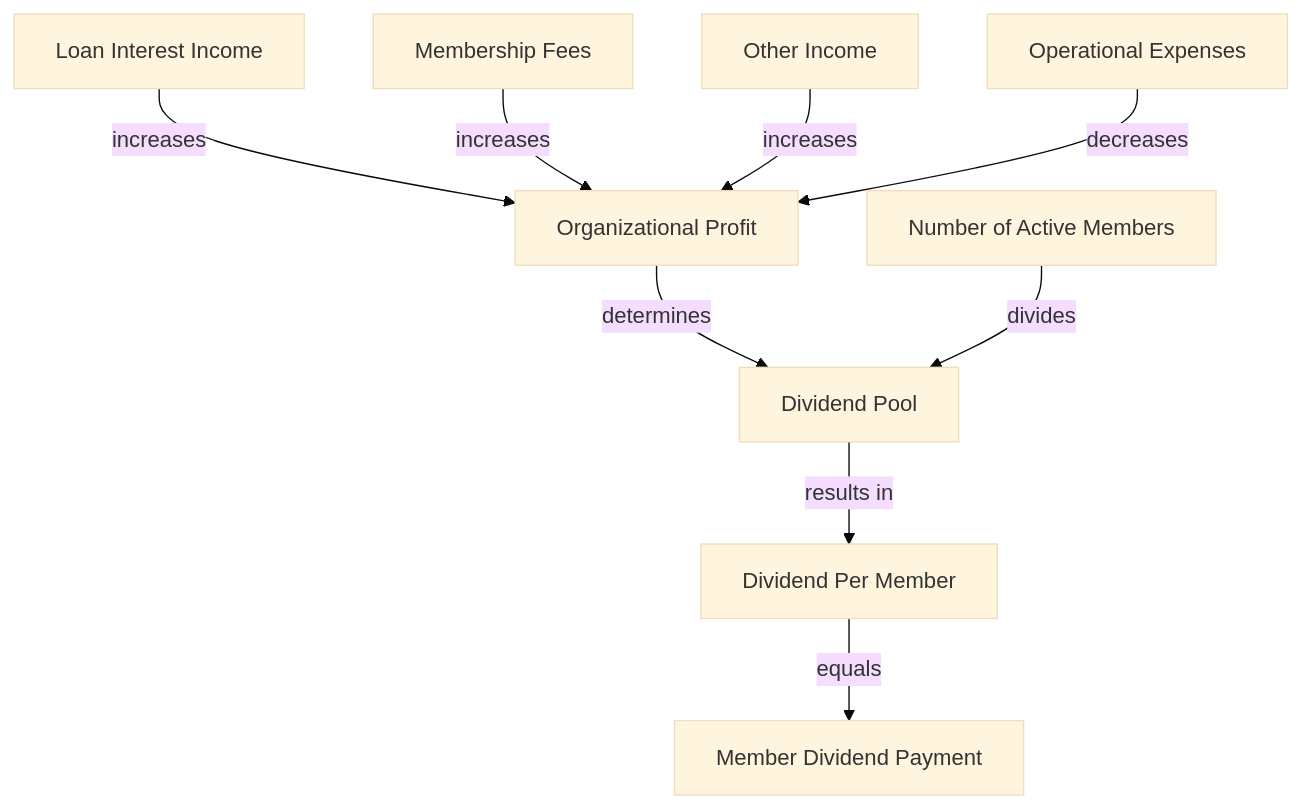
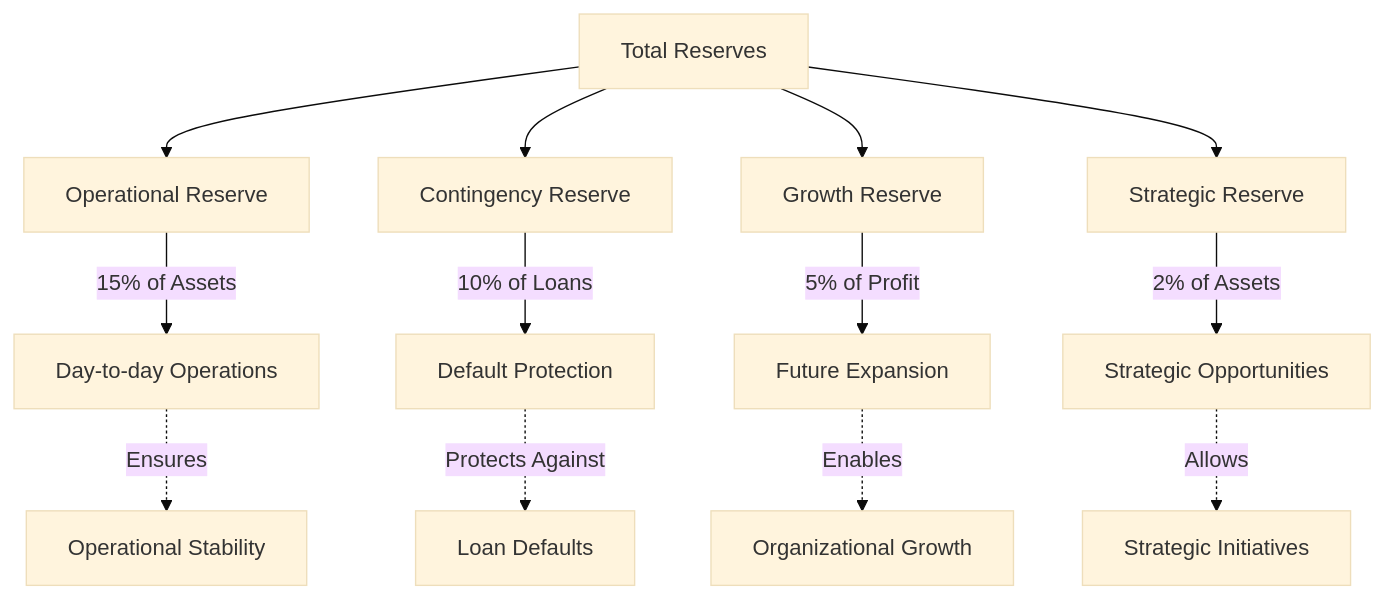
One commit to Sachin-Bandaranayaka/sahana-new changed diagram 12 of 13 in financial-org-app/docs/financial-logic.md. Above: the diagram before and after it, drawn with Mermaid (base theme). The commit also changed other lines of this file and 2 other files, not shown here.

Commit message:
Update financial logic documentation with comprehensive system details, enhanced diagrams, and improved calculation examples

````diff
--- a/financial-org-app/docs/financial-logic.md
+++ b/financial-org-app/docs/financial-logic.md
@@ -173,11 +366,17 @@
 ```mermaid
 graph TD
-    A[Loan Interest Income] -->|increases| B[Organizational Profit]
-    C[Membership Fees] -->|increases| B
-    D[Other Income] -->|increases| B
-    E[Operational Expenses] -->|decreases| B
-    B -->|determines| F[Dividend Pool]
-    G[Number of Active Members] -->|divides| F
-    F -->|results in| H[Dividend Per Member]
-    H -->|equals| J[Member Dividend Payment]
+    A[Total Reserves] --> B[Operational Reserve]
+    A --> C[Contingency Reserve]
+    A --> D[Growth Reserve]
+    A --> E[Strategic Reserve]
+    
+    B -->|15% of Assets| F[Day-to-day Operations]
+    C -->|10% of Loans| G[Default Protection]
+    D -->|5% of Profit| H[Future Expansion]
+    E -->|2% of Assets| I[Strategic Opportunities]
+    
+    F -.->|Ensures| J[Operational Stability]
+    G -.->|Protects Against| K[Loan Defaults]
+    H -.->|Enables| L[Organizational Growth]
+    I -.->|Allows| M[Strategic Initiatives]
 ```
````
